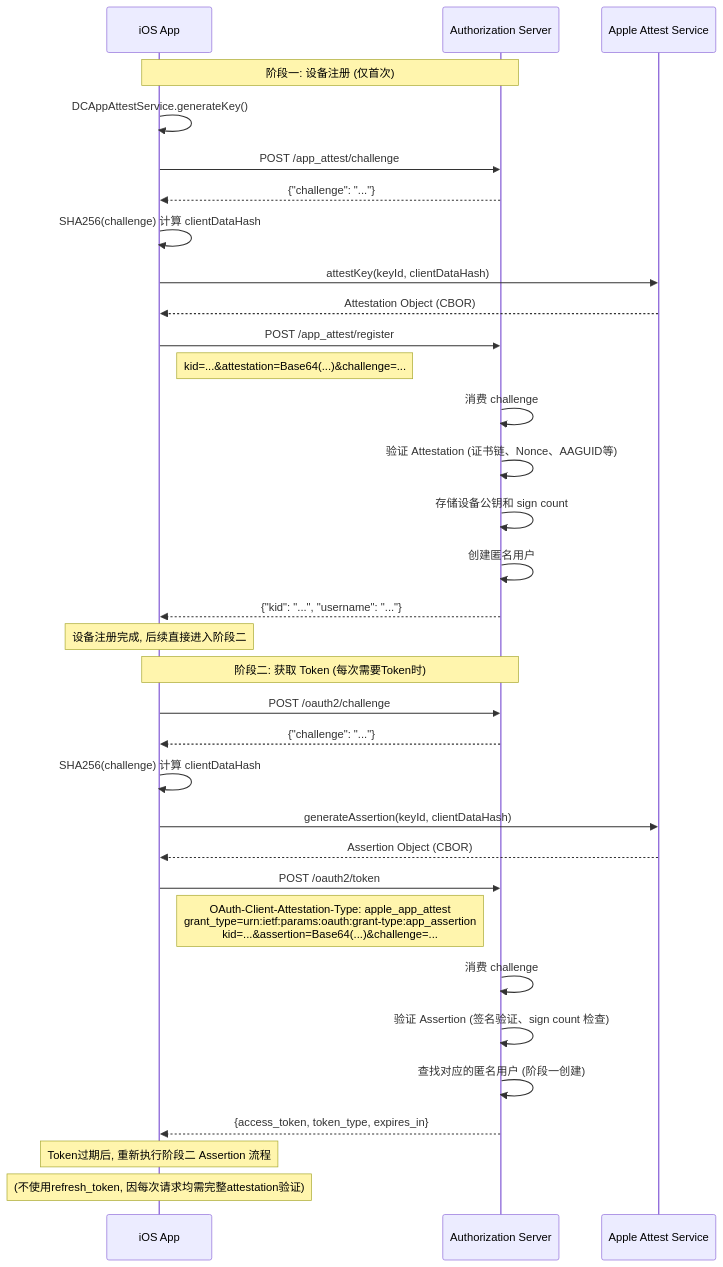
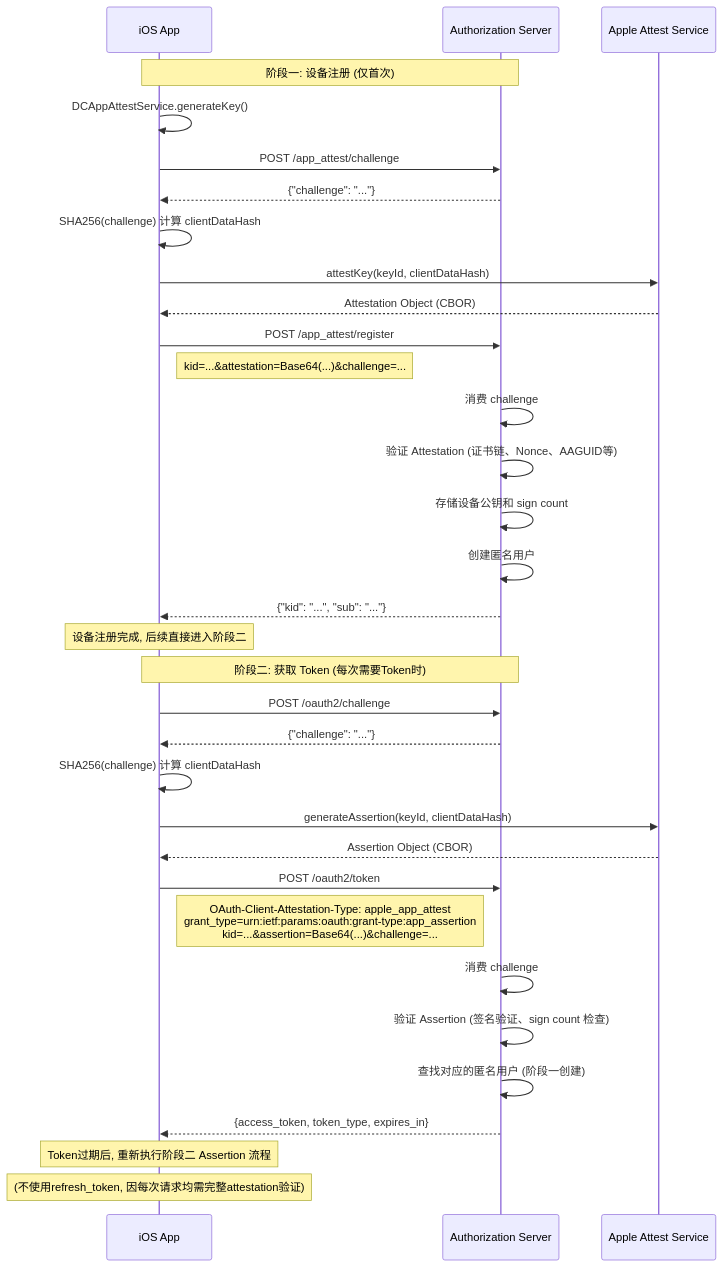
Before and after one commit to euler-projects/euler-framework: the diagram in docs/apis/zh-cn/APIs-#-Apple-App-Attest.md, drawn with Mermaid. The commit also changed other lines of this file and 3 other files, not shown here.

Commit message:
feat(app-attest): rename AppAttestationRegistration's username property to sub

````diff
--- a/docs/apis/zh-cn/APIs-#-Apple-App-Attest.md
+++ b/docs/apis/zh-cn/APIs-#-Apple-App-Attest.md
@@ -145,43 +149,43 @@
 ```mermaid
 sequenceDiagram
     participant App as iOS App
     participant Server as Authorization Server
     participant Apple as Apple Attest Service
 
     Note over App,Server: 阶段一: 设备注册 (仅首次)
     App->>App: DCAppAttestService.generateKey()
     App->>Server: POST /app_attest/challenge
     Server-->>App: {"challenge": "..."}
 
     App->>App: SHA256(challenge) 计算 clientDataHash
     App->>Apple: attestKey(keyId, clientDataHash)
     Apple-->>App: Attestation Object (CBOR)
 
     App->>Server: POST /app_attest/register
     Note right of App: kid=...&attestation=Base64(...)&challenge=...
     Server->>Server: 消费 challenge
     Server->>Server: 验证 Attestation (证书链、Nonce、AAGUID等)
     Server->>Server: 存储设备公钥和 sign count
     Server->>Server: 创建匿名用户
-    Server-->>App: {"kid": "...", "username": "..."}
+    Server-->>App: {"kid": "...", "sub": "..."}
 
     Note over App: 设备注册完成, 后续直接进入阶段二
 
     Note over App,Server: 阶段二: 获取 Token (每次需要Token时)
     App->>Server: POST /oauth2/challenge
     Server-->>App: {"challenge": "..."}
 
     App->>App: SHA256(challenge) 计算 clientDataHash
     App->>Apple: generateAssertion(keyId, clientDataHash)
     Apple-->>App: Assertion Object (CBOR)
 
     App->>Server: POST /oauth2/token
     Note right of App: OAuth-Client-Attestation-Type: apple_app_attest<br/>grant_type=urn:ietf:params:oauth:grant-type:app_assertion<br/>kid=...&assertion=Base64(...)&challenge=...
     Server->>Server: 消费 challenge
     Server->>Server: 验证 Assertion (签名验证、sign count 检查)
     Server->>Server: 查找对应的匿名用户 (阶段一创建)
     Server-->>App: {access_token, token_type, expires_in}
 
     Note over App: Token过期后, 重新执行阶段二 Assertion 流程
     Note over App: (不使用refresh_token, 因每次请求均需完整attestation验证)
 ```
````
